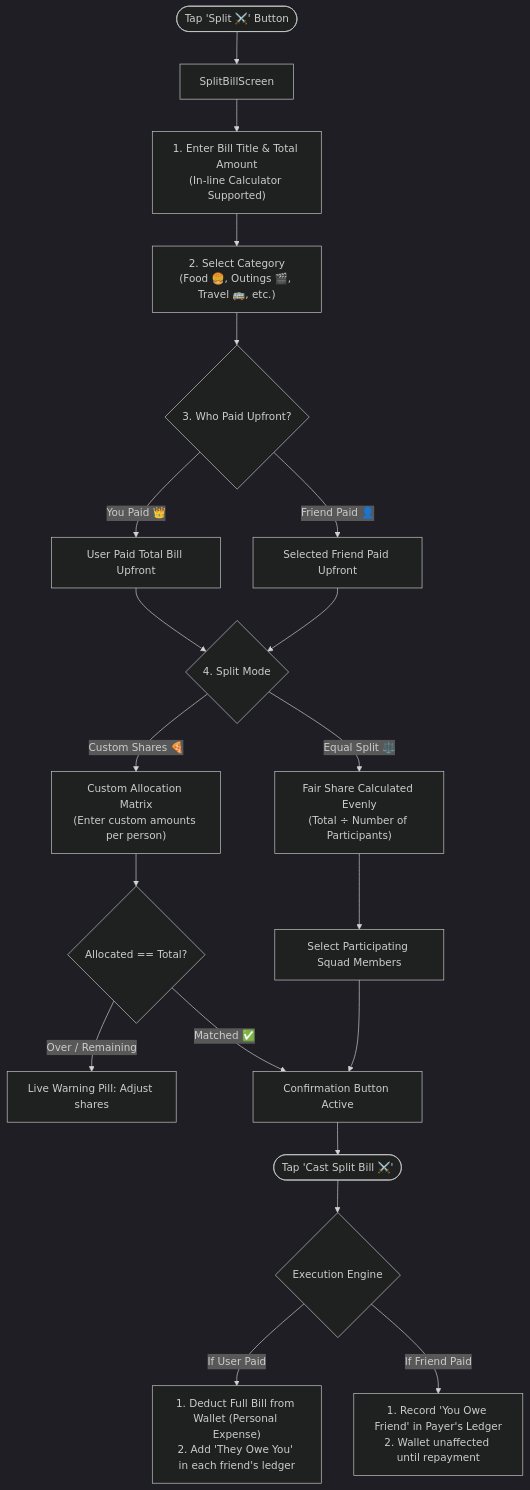
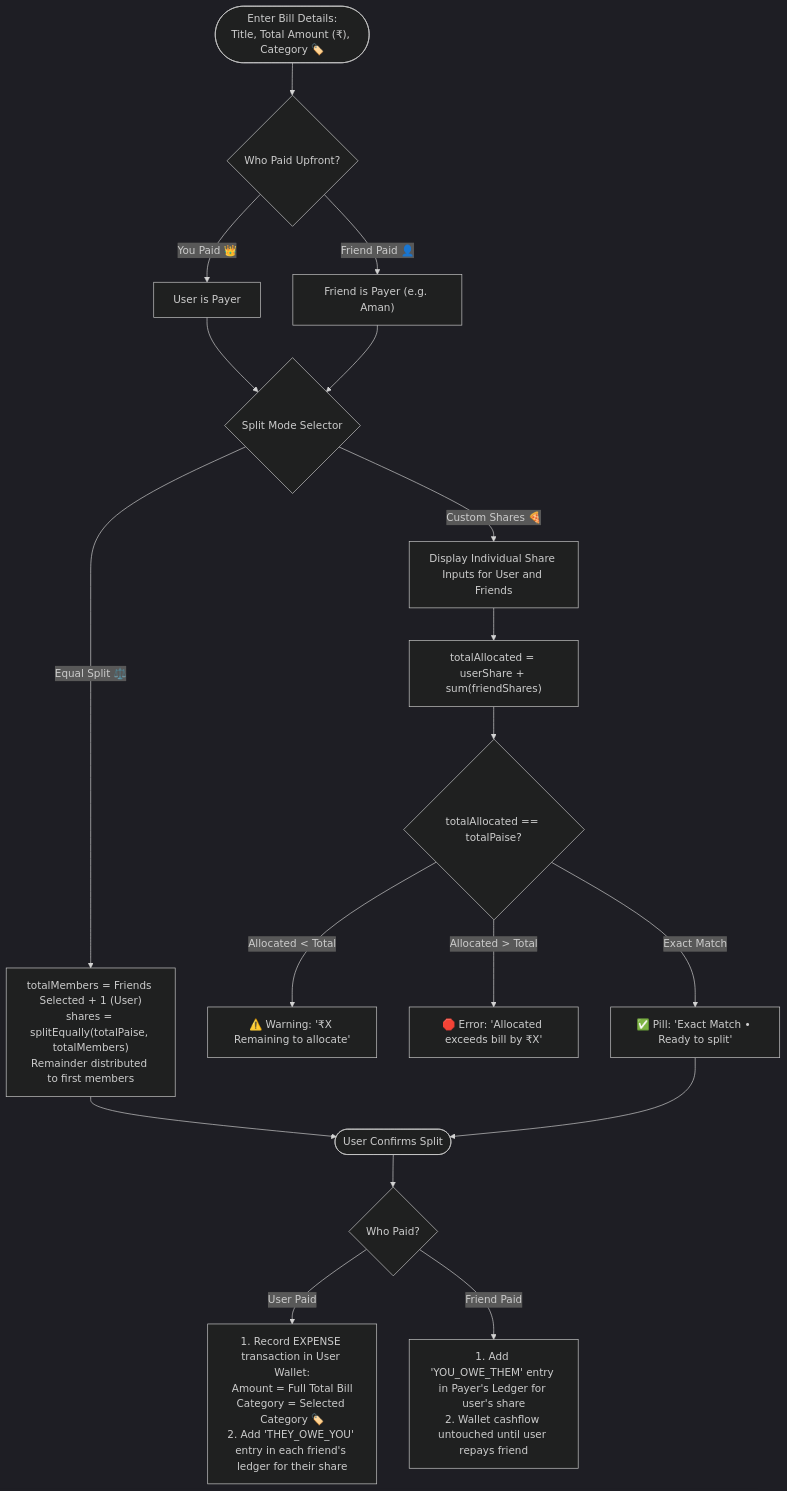
The fifth of 6 diagrams in docs/USER_FLOW.md (Om-Prakash-Verma/Pocket-Budget), drawn with Mermaid (dark theme) before and after one commit. The commit also changed other lines of this file, not shown here.

Commit message:
docs: add detailed logical decision flows & state diagrams for features

````diff
--- a/docs/USER_FLOW.md
+++ b/docs/USER_FLOW.md
@@ -119,29 +160,29 @@
 ```mermaid
 flowchart TD
-    StartSplit(["Tap 'Split ⚔️' Button"]) --> SplitScreen["SplitBillScreen"]
+    StartBill(["Enter Bill Details:<br/>Title, Total Amount (₹), Category 🏷️"]) --> SelectPayer{"Who Paid Upfront?"}
 
-    SplitScreen --> BillInputs["1. Enter Bill Title & Total Amount<br/>(In-line Calculator Supported)"]
-    BillInputs --> SelectCategory["2. Select Category<br/>(Food 🍔, Outings 🎬, Travel 🚌, etc.)"]
-    SelectCategory --> WhoPaid{"3. Who Paid Upfront?"}
+    SelectPayer -- "You Paid 👑" --> PayerUser["User is Payer"]
+    SelectPayer -- "Friend Paid 👤" --> PayerFriend["Friend is Payer (e.g. Aman)"]
 
-    WhoPaid -- You Paid 👑 --> UserPaid["User Paid Total Bill Upfront"]
-    WhoPaid -- Friend Paid 👤 --> FriendPaid["Selected Friend Paid Upfront"]
+    PayerUser --> ChooseMode{"Split Mode Selector"}
+    PayerFriend --> ChooseMode
 
-    UserPaid --> ModeSelect{"4. Split Mode"}
-    FriendPaid --> ModeSelect
+    ChooseMode -- "Equal Split ⚖️" --> CalcEqual["totalMembers = Friends Selected + 1 (User)<br/>shares = splitEqually(totalPaise, totalMembers)<br/>Remainder distributed to first members"]
 
-    ModeSelect -- Equal Split ⚖️ --> AutoDivide["Fair Share Calculated Evenly<br/>(Total ÷ Number of Participants)"]
-    ModeSelect -- Custom Shares 🍕 --> CustomAllocation["Custom Allocation Matrix<br/>(Enter custom amounts per person)"]
-    CustomAllocation --> LiveValidation{"Allocated == Total?"}
-    LiveValidation -- Over / Remaining --> ShowWarning["Live Warning Pill: Adjust shares"]
-    LiveValidation -- Matched ✅ --> ReadyToConfirm
+    ChooseMode -- "Custom Shares 🍕" --> InputCustom["Display Individual Share Inputs for User and Friends"]
+    InputCustom --> LiveSum["totalAllocated = userShare + sum(friendShares)"]
+    LiveSum --> ValidateCustom{"totalAllocated == totalPaise?"}
 
-    AutoDivide --> SelectSquad["Select Participating Squad Members"]
-    SelectSquad --> ReadyToConfirm["Confirmation Button Active"]
-    
-    ReadyToConfirm --> CastSplit(["Tap 'Cast Split Bill ⚔️'"])
-    
-    CastSplit --> SplitExecution{"Execution Engine"}
-    SplitExecution -- If User Paid --> DeductWallet["1. Deduct Full Bill from Wallet (Personal Expense)<br/>2. Add 'They Owe You' in each friend's ledger"]
-    SplitExecution -- If Friend Paid --> RecordDebt["1. Record 'You Owe Friend' in Payer's Ledger<br/>2. Wallet unaffected until repayment"]
+    ValidateCustom -- "Allocated < Total" --> PillRemaining["⚠️ Warning: '₹X Remaining to allocate'"]
+    ValidateCustom -- "Allocated > Total" --> PillExceeded["🛑 Error: 'Allocated exceeds bill by ₹X'"]
+    ValidateCustom -- "Exact Match" --> PillMatched["✅ Pill: 'Exact Match • Ready to split'"]
+
+    CalcEqual --> ConfirmSplit(["User Confirms Split"])
+    PillMatched --> ConfirmSplit
+
+    ConfirmSplit --> RouteExecution{"Who Paid?"}
+
+    RouteExecution -- "User Paid" --> ExecUser["1. Record EXPENSE transaction in User Wallet:<br/>Amount = Full Total Bill<br/>Category = Selected Category 🏷️<br/>2. Add 'THEY_OWE_YOU' entry in each friend's ledger for their share"]
+
+    RouteExecution -- "Friend Paid" --> ExecFriend["1. Add 'YOU_OWE_THEM' entry in Payer's Ledger for user's share<br/>2. Wallet cashflow untouched until user repays friend"]
 ```
````
